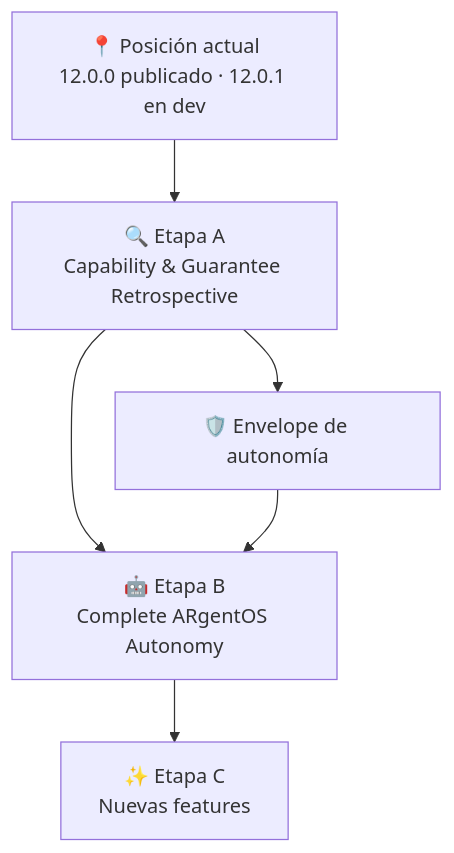
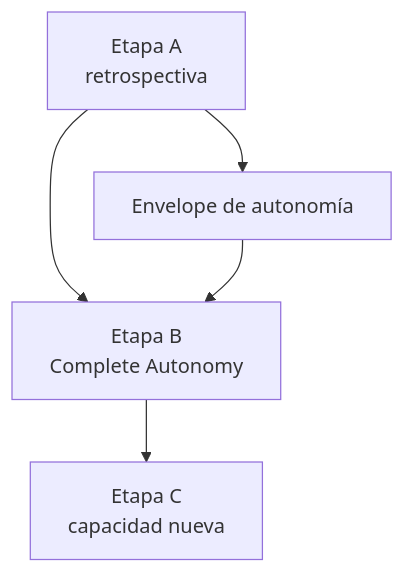
Before and after one commit to roldriel/ARgentOS: the diagram in ROADMAP.md, drawn with Mermaid. The commit also changed other lines of this file and 3 other files, not shown here.

First line of the commit message:
docs(roadmap): reduce the roadmap to its strategic path (plan 158)

````diff
--- a/ROADMAP.md
+++ b/ROADMAP.md
@@ -199,14 +73,7 @@
 ```mermaid
 flowchart TD
-    P["📍 Posición actual<br/>12.0.0 publicado · 12.0.1 en dev"]
-    A["🔍 Etapa A<br/>Capability &amp; Guarantee Retrospective"]
-    E["🛡️ Envelope de autonomía"]
-    B["🤖 Etapa B<br/>Complete ARgentOS Autonomy"]
-    C["✨ Etapa C<br/>Nuevas features"]
-
-    P --> A
-    A --> E
-    A --> B
+    A["Etapa A<br/>retrospectiva"] --> E["Envelope de autonomía"]
+    A --> B["Etapa B<br/>Complete Autonomy"]
     E --> B
-    B --> C
+    B --> C["Etapa C<br/>capacidad nueva"]
 ```
````
